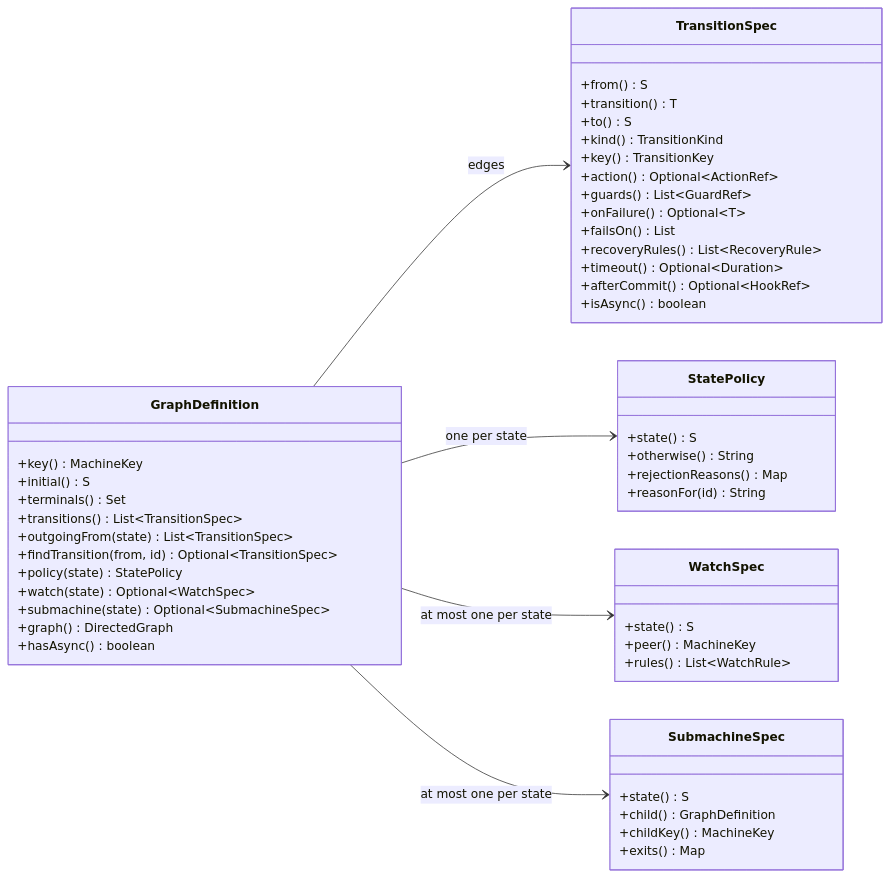
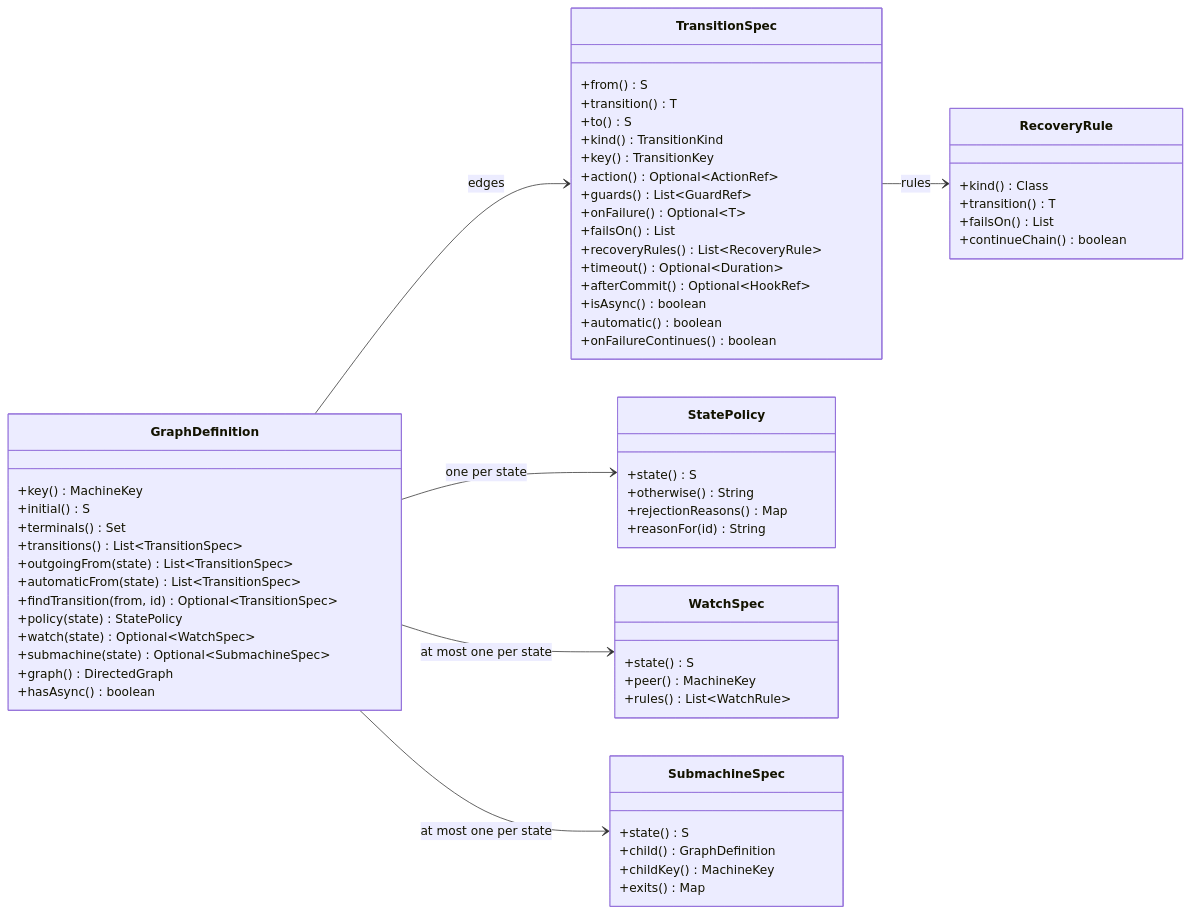
The diagram in docs/graph-inspection.md (graphmaquina/graphmaquina), drawn with Mermaid before and after one commit. The commit also changed other lines of this file and 30 other files, not shown here.

````diff
--- a/docs/graph-inspection.md
+++ b/docs/graph-inspection.md
@@ -33,53 +34,63 @@
 ```mermaid
 classDiagram
     direction LR
     class GraphDefinition {
         +key() MachineKey
         +initial() S
         +terminals() Set
         +transitions() List~TransitionSpec~
         +outgoingFrom(state) List~TransitionSpec~
+        +automaticFrom(state) List~TransitionSpec~
         +findTransition(from, id) Optional~TransitionSpec~
         +policy(state) StatePolicy
         +watch(state) Optional~WatchSpec~
         +submachine(state) Optional~SubmachineSpec~
         +graph() DirectedGraph
         +hasAsync() boolean
     }
     class TransitionSpec {
         +from() S
         +transition() T
         +to() S
         +kind() TransitionKind
         +key() TransitionKey
         +action() Optional~ActionRef~
         +guards() List~GuardRef~
         +onFailure() Optional~T~
         +failsOn() List
         +recoveryRules() List~RecoveryRule~
         +timeout() Optional~Duration~
         +afterCommit() Optional~HookRef~
         +isAsync() boolean
+        +automatic() boolean
+        +onFailureContinues() boolean
+    }
+    class RecoveryRule {
+        +kind() Class
+        +transition() T
+        +failsOn() List
+        +continueChain() boolean
     }
     class StatePolicy {
         +state() S
         +otherwise() String
         +rejectionReasons() Map
         +reasonFor(id) String
     }
     class WatchSpec {
         +state() S
         +peer() MachineKey
         +rules() List~WatchRule~
     }
     class SubmachineSpec {
         +state() S
         +child() GraphDefinition
         +childKey() MachineKey
         +exits() Map
     }
     GraphDefinition --> TransitionSpec : edges
+    TransitionSpec --> RecoveryRule : rules
     GraphDefinition --> StatePolicy : one per state
     GraphDefinition --> WatchSpec : at most one per state
     GraphDefinition --> SubmachineSpec : at most one per state
 ```
````
